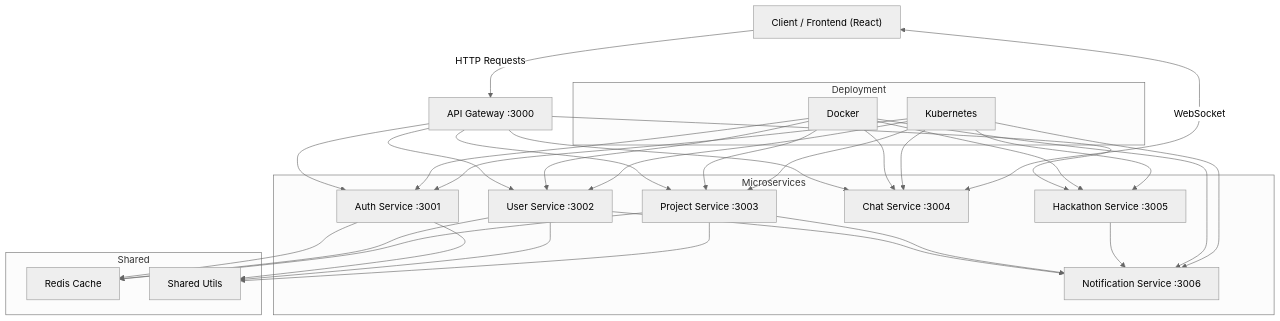
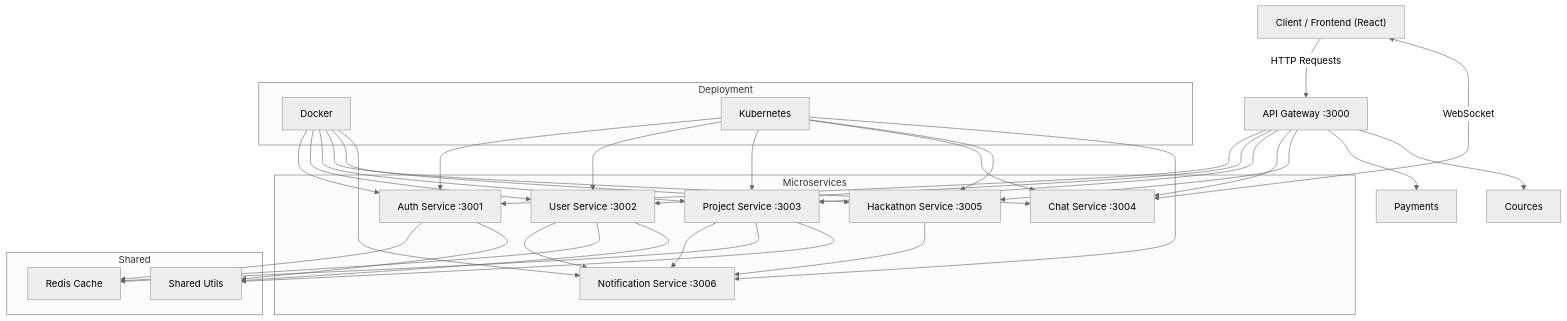
The diagram in README.md (rishabh1230/SkillSync), drawn with Mermaid (neutral theme) before and after one commit.

Commit message:
cources and payments in readme

````diff
--- a/README.md
+++ b/README.md
@@ -8,58 +8,60 @@
 ```mermaid
 flowchart TD
 
     Client["Client / Frontend (React)"] -->|HTTP Requests| Gateway["API Gateway :3000"]
 
     subgraph Microservices
         Auth["Auth Service :3001"]
         User["User Service :3002"]
         Project["Project Service :3003"]
         Chat["Chat Service :3004"]
         Hackathon["Hackathon Service :3005"]
         Notification["Notification Service :3006"]
     end
 
     Gateway --> Auth
     Gateway --> User
     Gateway --> Project
     Gateway --> Chat
     Gateway --> Hackathon
+    Gateway --> Payments
+    Gateway --> Cources
 
     User --> Notification
     Project --> Notification
     Hackathon --> Notification
 
     Chat <-->|WebSocket| Client
 
     subgraph Shared
         Redis["Redis Cache"]
         Utils["Shared Utils"]
     end
 
     Auth --> Redis
     User --> Redis
     Project --> Redis
 
     Auth --> Utils
     User --> Utils
     Project --> Utils
 
     subgraph Deployment
         Docker["Docker"]
         K8s["Kubernetes"]
     end
 
     Docker --> Auth
     Docker --> User
     Docker --> Project
     Docker --> Chat
     Docker --> Hackathon
     Docker --> Notification
 
     K8s --> Auth
     K8s --> User
     K8s --> Project
     K8s --> Chat
     K8s --> Hackathon
     K8s --> Notification
 ```
````
